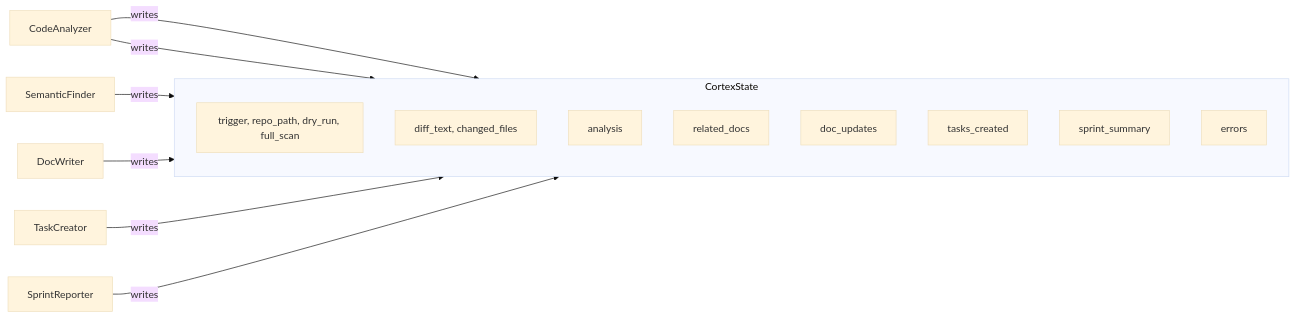
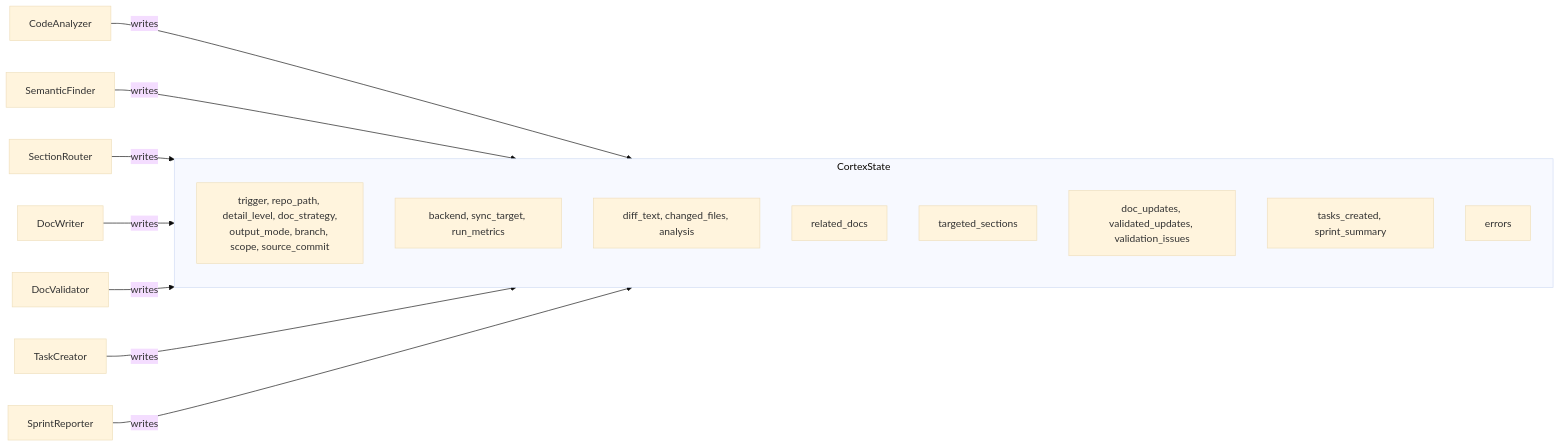
Before and after one commit to sarupurisailalith/codebase-cortex: the third of 7 diagrams in docs/architecture.md, drawn with Mermaid (base theme). The commit also changed other lines of this file and 8 other files, not shown here.

````diff
--- a/docs/architecture.md
+++ b/docs/architecture.md
@@ -77,21 +111,22 @@
 ```mermaid
 graph LR
     subgraph CortexState
         direction TB
-        T[trigger, repo_path, dry_run, full_scan]
-        G[diff_text, changed_files]
-        A[analysis]
-        R[related_docs]
-        D[doc_updates]
-        K[tasks_created]
-        S[sprint_summary]
-        E[errors]
+        CONFIG[trigger, repo_path, detail_level, doc_strategy,<br/>output_mode, branch, scope, source_commit]
+        INFRA[backend, sync_target, run_metrics]
+        ANALYSIS[diff_text, changed_files, analysis]
+        SEARCH[related_docs]
+        ROUTING[targeted_sections]
+        DOCS[doc_updates, validated_updates, validation_issues]
+        TASKS[tasks_created, sprint_summary]
+        ERR[errors]
     end
 
-    CA[CodeAnalyzer] -->|writes| G
-    CA -->|writes| A
-    SF[SemanticFinder] -->|writes| R
-    DW[DocWriter] -->|writes| D
-    TC[TaskCreator] -->|writes| K
-    SR[SprintReporter] -->|writes| S
+    CA[CodeAnalyzer] -->|writes| ANALYSIS
+    SF[SemanticFinder] -->|writes| SEARCH
+    SRN[SectionRouter] -->|writes| ROUTING
+    DW[DocWriter] -->|writes| DOCS
+    DV[DocValidator] -->|writes| DOCS
+    TC[TaskCreator] -->|writes| TASKS
+    SR[SprintReporter] -->|writes| TASKS
 ```
````
